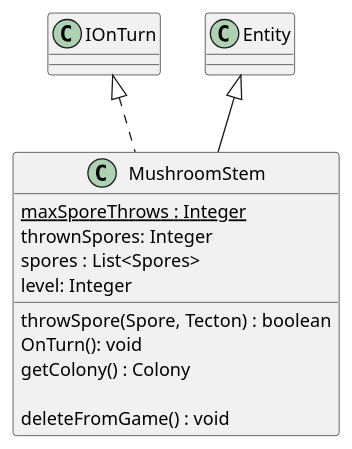
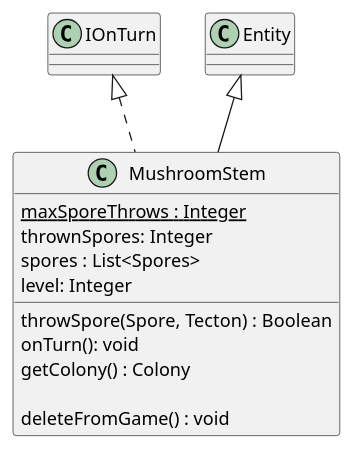
One commit to Petya-G/fungorium changed the diagram in 3/classes/mushroomStem.puml. Above: the diagram before and after it, drawn with PlantUML. The commit also changed 6 other files, not shown here.

```diff
--- a/3/classes/mushroomStem.puml
+++ b/3/classes/mushroomStem.puml
@@ -1,18 +1,18 @@
 @startuml mushroomStem
 
 IOnTurn <|.. MushroomStem
 'IOnRound <|.. MushroomStem
 Entity <|-- MushroomStem 
 class MushroomStem{
     {static} maxSporeThrows : Integer
     thrownSpores: Integer
     spores : List<Spores>
     level: Integer
-    throwSpore(Spore, Tecton) : boolean
-    OnTurn(): void
+    throwSpore(Spore, Tecton) : Boolean
+    onTurn(): void
     getColony() : Colony
 
     deleteFromGame() : void
     ' remove this stem from tecton and from owner player's list
 }
 @enduml
```
